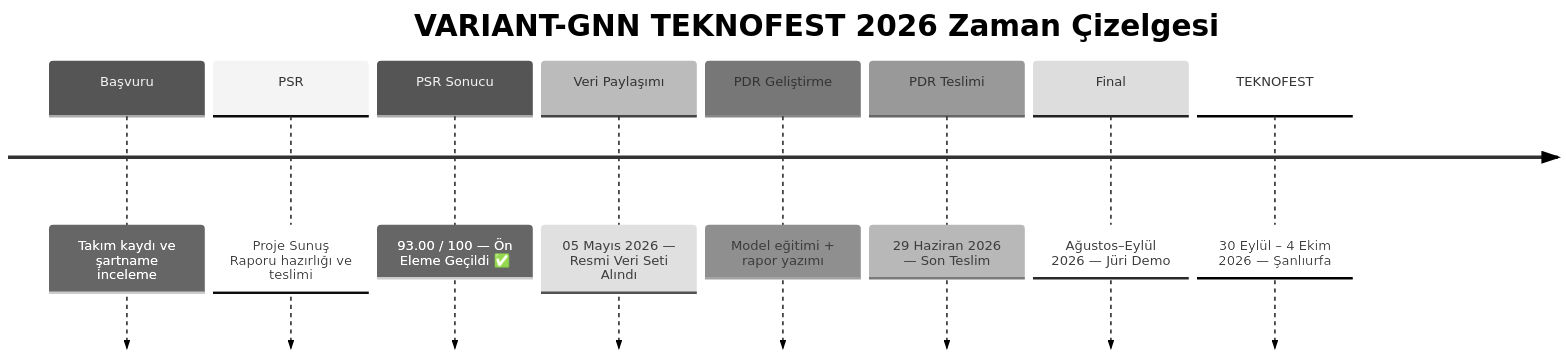
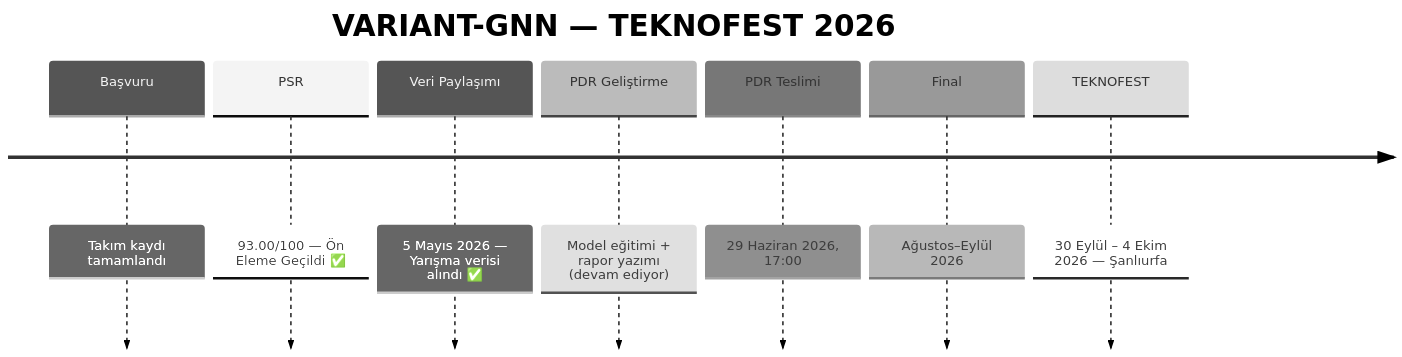
Before and after one commit to msgxr/VARIANT-GNN: the sixth of 6 diagrams in README.md, drawn with Mermaid (neutral theme). The commit also changed other lines of this file, not shown here.

First line of the commit message:
docs: README tam revizyon — gerçek yarışma verileri ve doğru sürümler

````diff
--- a/README.md
+++ b/README.md
@@ -317,12 +217,11 @@
 ```mermaid
 timeline
-    title VARIANT-GNN TEKNOFEST 2026 Zaman Çizelgesi
-    Başvuru : Takım kaydı ve şartname inceleme
-    PSR : Proje Sunuş Raporu hazırlığı ve teslimi
-    PSR Sonucu : 93.00 / 100 — Ön Eleme Geçildi ✅
-    Veri Paylaşımı : 05 Mayıs 2026 — Resmi Veri Seti Alındı
-    PDR Geliştirme : Model eğitimi + rapor yazımı
-    PDR Teslimi : 29 Haziran 2026 — Son Teslim
-    Final : Ağustos–Eylül 2026 — Jüri Demo
+    title VARIANT-GNN — TEKNOFEST 2026
+    Başvuru : Takım kaydı tamamlandı
+    PSR : 93.00/100 — Ön Eleme Geçildi ✅
+    Veri Paylaşımı : 5 Mayıs 2026 — Yarışma verisi alındı ✅
+    PDR Geliştirme : Model eğitimi + rapor yazımı (devam ediyor)
+    PDR Teslimi : 29 Haziran 2026, 17:00
+    Final : Ağustos–Eylül 2026
     TEKNOFEST : 30 Eylül – 4 Ekim 2026 — Şanlıurfa
 ```
````
